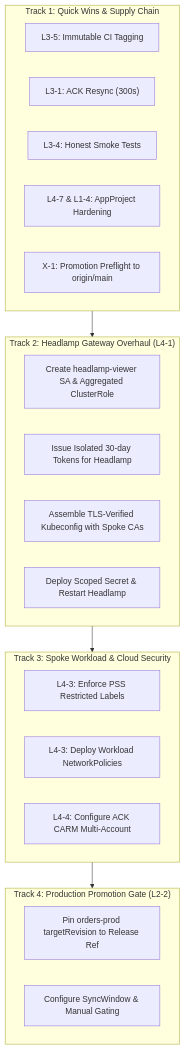
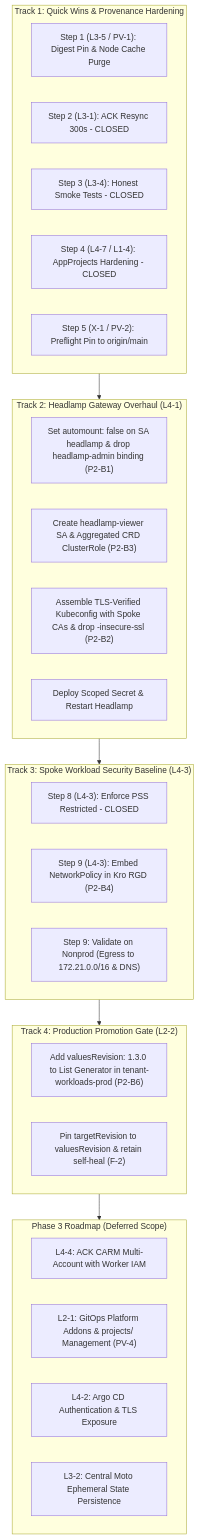
Before and after one commit to brunobml/gitops-control-plane: the diagram in docs/remediation/2026-09-30-lab-remediation-plan-phase2.md, drawn with Mermaid. The commit also changed other lines of this file, not shown here.

Commit message:
docs: publish Phase 2 remediation plan v1.1 addressing review blockers and Validation-01 findings

````diff
--- a/docs/remediation/2026-09-30-lab-remediation-plan-phase2.md
+++ b/docs/remediation/2026-09-30-lab-remediation-plan-phase2.md
@@ -118,30 +128,37 @@
 ```mermaid
 flowchart TD
-    subgraph Track1["Track 1: Quick Wins & Supply Chain"]
-        T1_1["L3-5: Immutable CI Tagging"]
-        T1_2["L3-1: ACK Resync (300s)"]
-        T1_3["L3-4: Honest Smoke Tests"]
-        T1_4["L4-7 & L1-4: AppProject Hardening"]
-        T1_5["X-1: Promotion Preflight to origin/main"]
+    subgraph Track1["Track 1: Quick Wins & Provenance Hardening"]
+        T1_1["Step 1 (L3-5 / PV-1): Digest Pin & Node Cache Purge"]
+        T1_2["Step 2 (L3-1): ACK Resync 300s - CLOSED"]
+        T1_3["Step 3 (L3-4): Honest Smoke Tests - CLOSED"]
+        T1_4["Step 4 (L4-7 / L1-4): AppProjects Hardening - CLOSED"]
+        T1_5["Step 5 (X-1 / PV-2): Preflight Pin to origin/main"]
     end
 
     subgraph Track2["Track 2: Headlamp Gateway Overhaul (L4-1)"]
-        T2_1["Create headlamp-viewer SA & Aggregated ClusterRole"]
-        T2_2["Issue Isolated 30-day Tokens for Headlamp"]
-        T2_3["Assemble TLS-Verified Kubeconfig with Spoke CAs"]
+        T2_1["Set automount: false on SA headlamp & drop headlamp-admin binding (P2-B1)"]
+        T2_2["Create headlamp-viewer SA & Aggregated CRD ClusterRole (P2-B3)"]
+        T2_3["Assemble TLS-Verified Kubeconfig with Spoke CAs & drop -insecure-ssl (P2-B2)"]
         T2_4["Deploy Scoped Secret & Restart Headlamp"]
     end
 
-    subgraph Track3["Track 3: Spoke Workload & Cloud Security"]
-        T3_1["L4-3: Enforce PSS Restricted Labels"]
-        T3_2["L4-3: Deploy Workload NetworkPolicies"]
-        T3_3["L4-4: Configure ACK CARM Multi-Account"]
+    subgraph Track3["Track 3: Spoke Workload Security Baseline (L4-3)"]
+        T3_1["Step 8 (L4-3): Enforce PSS Restricted - CLOSED"]
+        T3_2["Step 9 (L4-3): Embed NetworkPolicy in Kro RGD (P2-B4)"]
+        T3_3["Step 9: Validate on Nonprod (Egress to 172.21.0.0/16 & DNS)"]
     end
 
     subgraph Track4["Track 4: Production Promotion Gate (L2-2)"]
-        T4_1["Pin orders-prod targetRevision to Release Ref"]
-        T4_2["Configure SyncWindow & Manual Gating"]
+        T4_1["Add valuesRevision: 1.3.0 to List Generator in tenant-workloads-prod (P2-B6)"]
+        T4_2["Pin targetRevision to valuesRevision & retain self-heal (F-2)"]
     end
 
-    Track1 --> Track2 --> Track3 --> Track4
+    subgraph Phase3["Phase 3 Roadmap (Deferred Scope)"]
+        P3_1["L4-4: ACK CARM Multi-Account with Worker IAM"]
+        P3_2["L2-1: GitOps Platform Addons & projects/ Management (PV-4)"]
+        P3_3["L4-2: Argo CD Authentication & TLS Exposure"]
+        P3_4["L3-2: Central Moto Ephemeral State Persistence"]
+    end
+
+    Track1 --> Track2 --> Track3 --> Track4 --> Phase3
 ```
````
